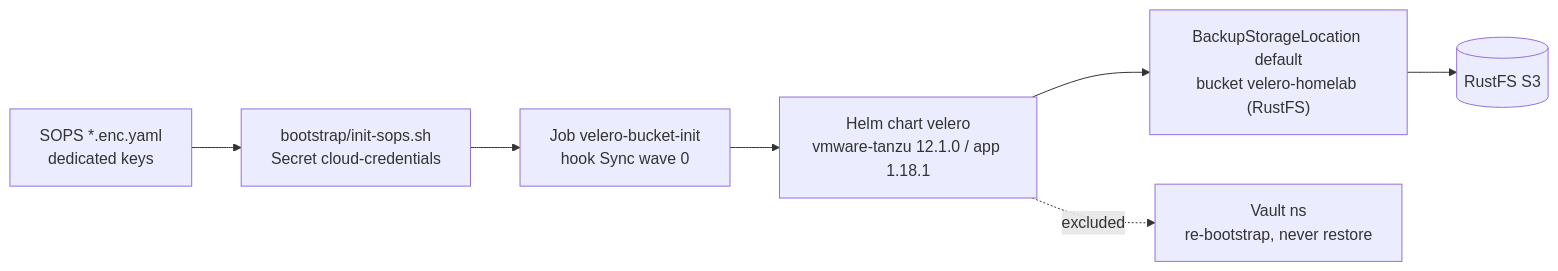
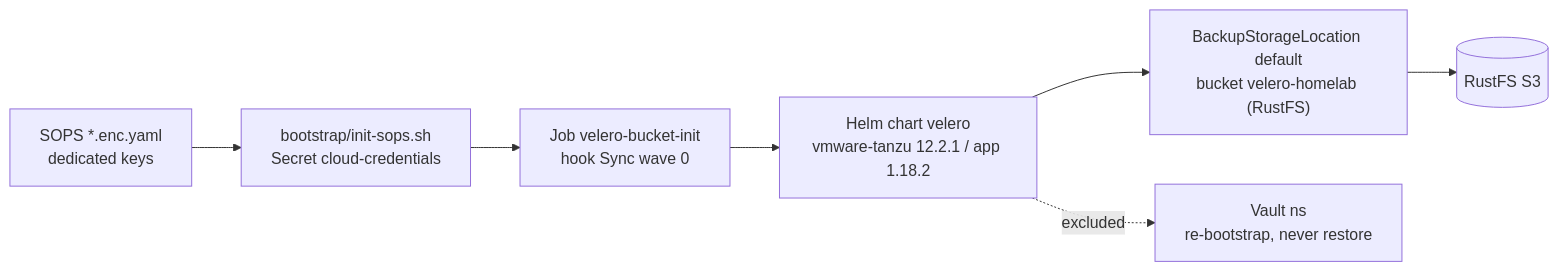
Before and after one commit to Seom88/gitops-platform: the diagram in platform/velero/README.md, drawn with Mermaid. The commit also changed other lines of this file and 25 other files, not shown here.

````diff
--- a/platform/velero/README.md
+++ b/platform/velero/README.md
@@ -24,9 +24,9 @@
 ```mermaid
 flowchart LR
     ENV["SOPS *.enc.yaml<br/>dedicated keys"] --> BOOT["bootstrap/init-sops.sh<br/>Secret cloud-credentials"]
     BOOT --> JOB["Job velero-bucket-init<br/>hook Sync wave 0"]
-    JOB --> CHART["Helm chart velero<br/>vmware-tanzu 12.1.0 / app 1.18.1"]
+    JOB --> CHART["Helm chart velero<br/>vmware-tanzu 12.2.1 / app 1.18.2"]
     CHART --> BSL["BackupStorageLocation default<br/>bucket velero-homelab (RustFS)"]
     BSL --> RUSTFS[("RustFS S3")]
     CHART -.->|excluded| VAULT["Vault ns<br/>re-bootstrap, never restore"]
 ```
````
